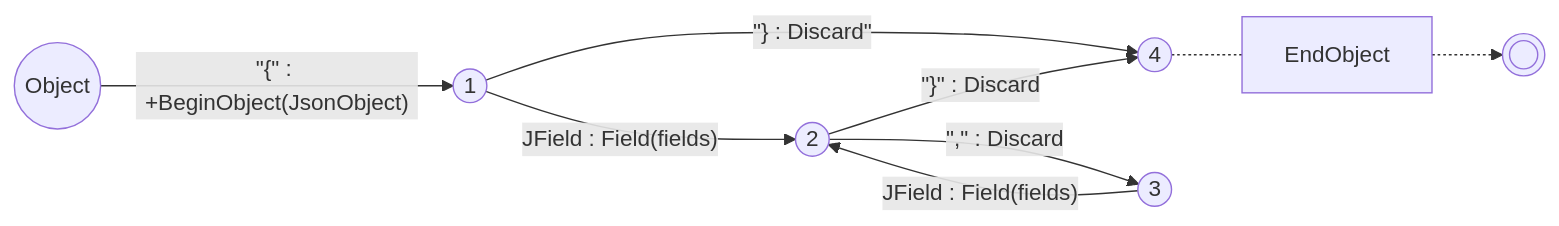
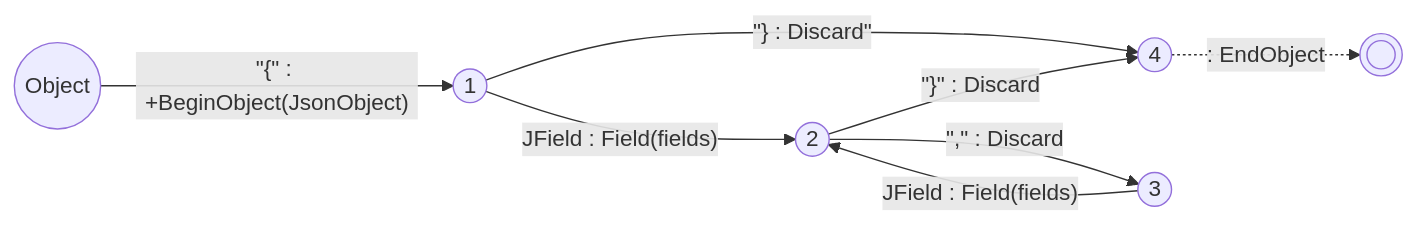
The third of 3 diagrams in Blog/GLR-Refactoring/Mermaid.md (vczh-websites/vczh), drawn with Mermaid before and after one commit.

````diff
--- a/Blog/GLR-Refactoring/Mermaid.md
+++ b/Blog/GLR-Refactoring/Mermaid.md
@@ -35,10 +35,10 @@
 ```mermaid
 graph LR
   S((Object))-- #quot;{#quot; : +BeginObject(JsonObject)-->1
   1((1))-- #quot;} : Discard#quot; -->4
   1-- JField : Field(fields) -->2
   2((2))-- #quot;}#quot; : Discard -->4
   2-- #quot;,#quot; : Discard -->3
   3((3))-- JField : Field(fields) -->2
-  4((4))-.- EndObject -.->E((( )))
+  4((4))-. : EndObject .->E((( )))
 ```
````
